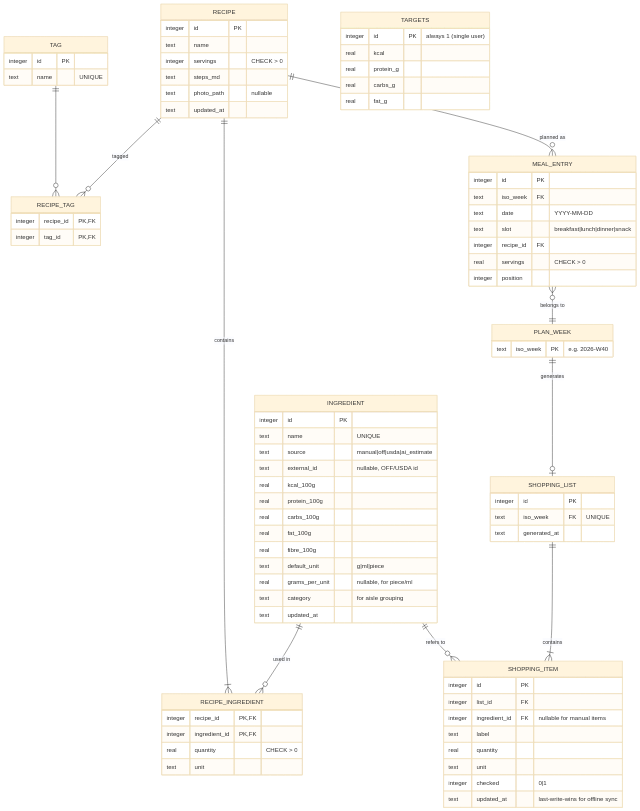
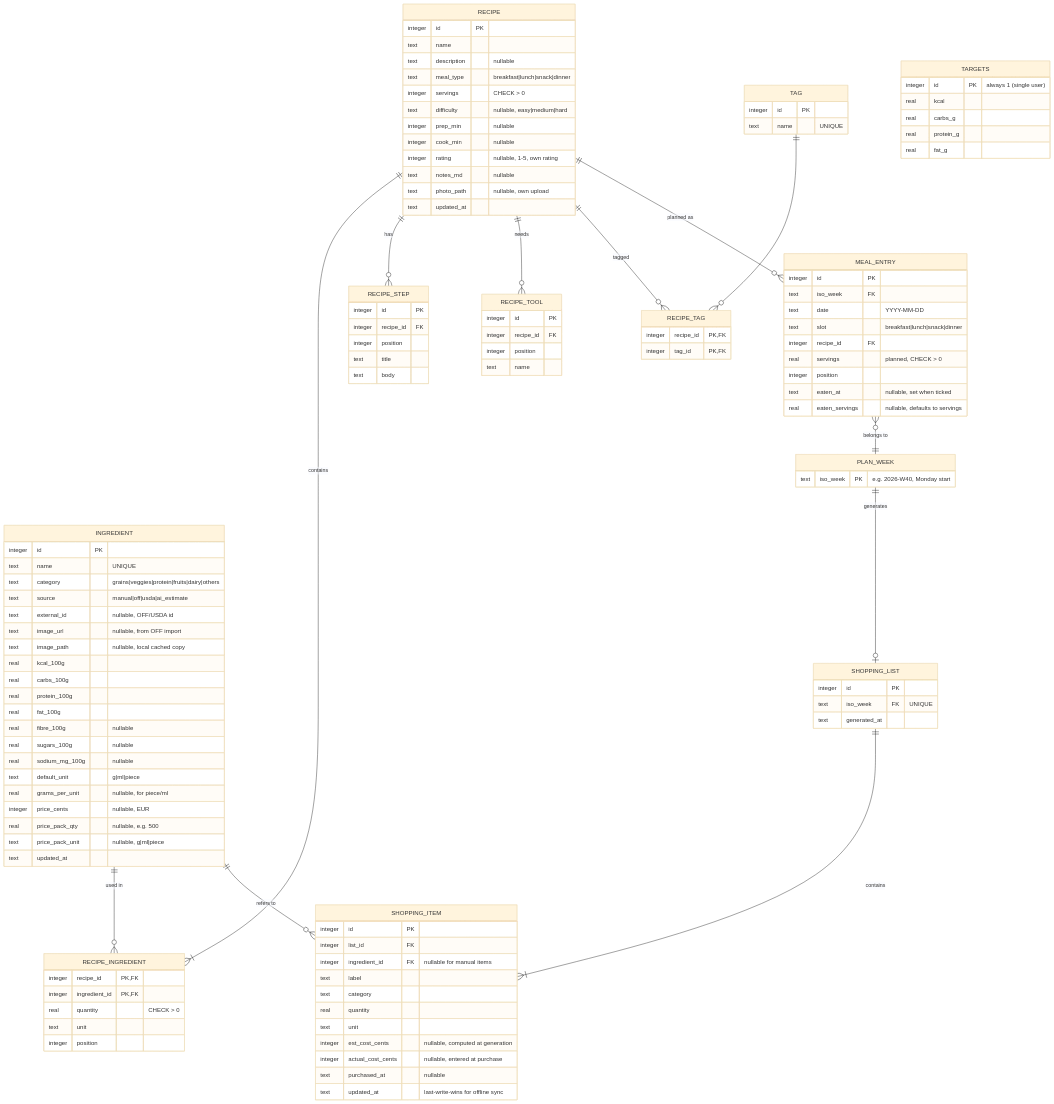
One commit to micheltsarasoa/nutrigo changed the first of 2 diagrams in docs/architecture/data-model.md. Above: the diagram before and after it, drawn with Mermaid (base theme). The commit also changed other lines of this file and 31 other files, not shown here.

````diff
--- a/docs/architecture/data-model.md
+++ b/docs/architecture/data-model.md
@@ -8,6 +8,8 @@
 erDiagram
     INGREDIENT ||--o{ RECIPE_INGREDIENT : "used in"
     RECIPE ||--|{ RECIPE_INGREDIENT : contains
+    RECIPE ||--o{ RECIPE_STEP : "has"
+    RECIPE ||--o{ RECIPE_TOOL : "needs"
     RECIPE ||--o{ RECIPE_TAG : "tagged"
     TAG ||--o{ RECIPE_TAG : ""
     RECIPE ||--o{ MEAL_ENTRY : "planned as"
@@ -19,24 +21,37 @@
     INGREDIENT {
         integer id PK
         text name "UNIQUE"
+        text category "grains|veggies|protein|fruits|dairy|others"
         text source "manual|off|usda|ai_estimate"
         text external_id "nullable, OFF/USDA id"
+        text image_url "nullable, from OFF import"
+        text image_path "nullable, local cached copy"
         real kcal_100g
+        real carbs_100g
         real protein_100g
-        real carbs_100g
         real fat_100g
-        real fibre_100g
+        real fibre_100g "nullable"
+        real sugars_100g "nullable"
+        real sodium_mg_100g "nullable"
         text default_unit "g|ml|piece"
         real grams_per_unit "nullable, for piece/ml"
-        text category "for aisle grouping"
+        integer price_cents "nullable, EUR"
+        real price_pack_qty "nullable, e.g. 500"
+        text price_pack_unit "nullable, g|ml|piece"
         text updated_at
     }
     RECIPE {
         integer id PK
         text name
+        text description "nullable"
+        text meal_type "breakfast|lunch|snack|dinner"
         integer servings "CHECK > 0"
-        text steps_md
-        text photo_path "nullable"
+        text difficulty "nullable, easy|medium|hard"
+        integer prep_min "nullable"
+        integer cook_min "nullable"
+        integer rating "nullable, 1-5, own rating"
+        text notes_md "nullable"
+        text photo_path "nullable, own upload"
         text updated_at
     }
     RECIPE_INGREDIENT {
@@ -44,6 +59,20 @@
         integer ingredient_id PK, FK
         real quantity "CHECK > 0"
         text unit
+        integer position
+    }
+    RECIPE_STEP {
+        integer id PK
+        integer recipe_id FK
+        integer position
+        text title
+        text body
+    }
+    RECIPE_TOOL {
+        integer id PK
+        integer recipe_id FK
+        integer position
+        text name
     }
     TAG {
         integer id PK
@@ -54,22 +83,24 @@
         integer tag_id PK, FK
     }
     PLAN_WEEK {
-        text iso_week PK "e.g. 2026-W40"
+        text iso_week PK "e.g. 2026-W40, Monday start"
     }
     MEAL_ENTRY {
         integer id PK
         text iso_week FK
         text date "YYYY-MM-DD"
-        text slot "breakfast|lunch|dinner|snack"
+        text slot "breakfast|lunch|snack|dinner"
         integer recipe_id FK
-        real servings "CHECK > 0"
+        real servings "planned, CHECK > 0"
         integer position
+        text eaten_at "nullable, set when ticked"
+        real eaten_servings "nullable, defaults to servings"
     }
     TARGETS {
         integer id PK "always 1 (single user)"
         real kcal
+        real carbs_g
         real protein_g
-        real carbs_g
         real fat_g
     }
     SHOPPING_LIST {
@@ -82,9 +113,12 @@
         integer list_id FK
         integer ingredient_id FK "nullable for manual items"
         text label
+        text category
         real quantity
         text unit
-        integer checked "0|1"
+        integer est_cost_cents "nullable, computed at generation"
+        integer actual_cost_cents "nullable, entered at purchase"
+        text purchased_at "nullable"
         text updated_at "last-write-wins for offline sync"
     }
 ```
````
